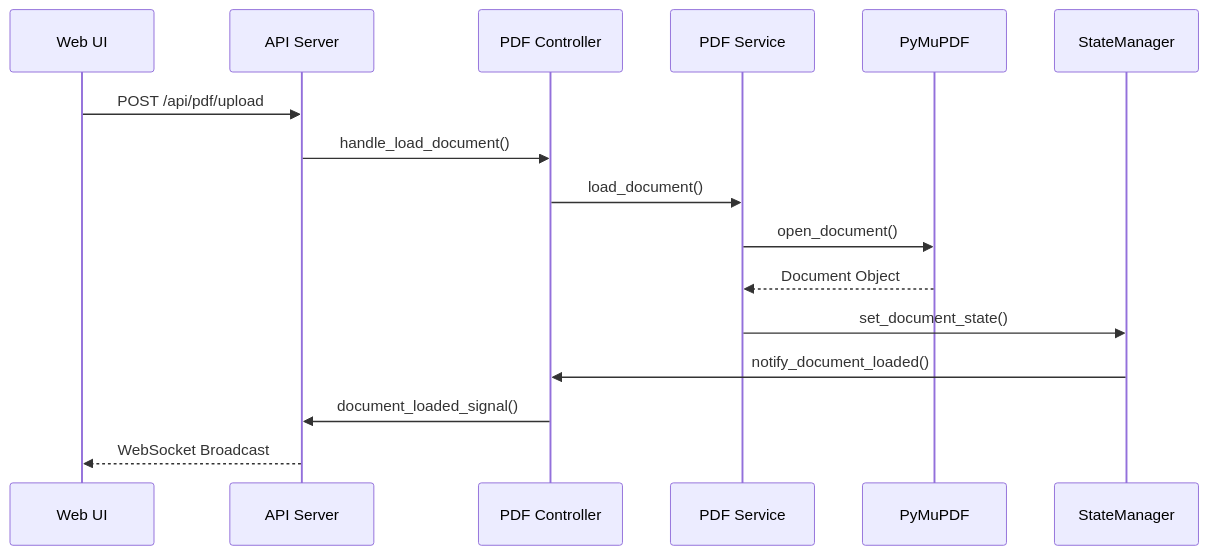
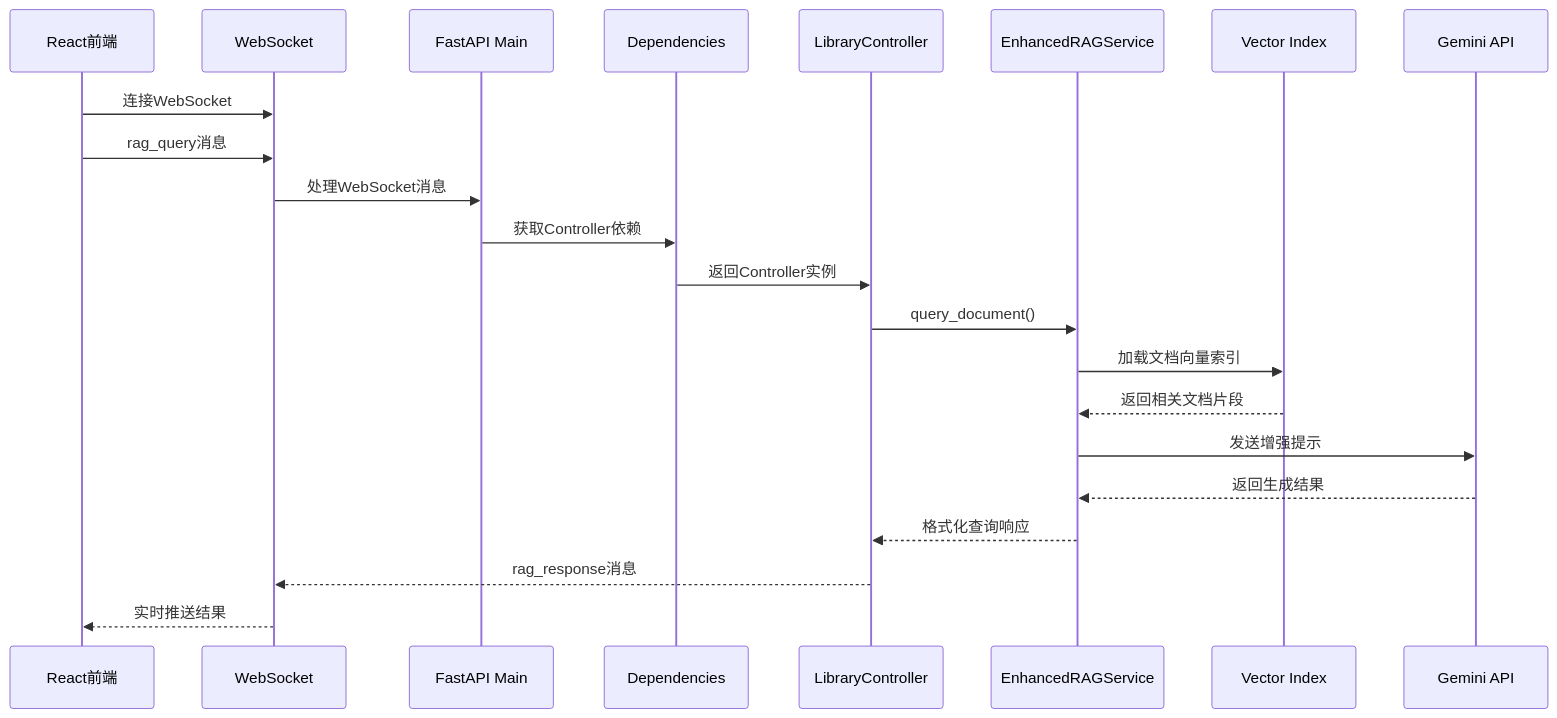
One commit to Jackela/ai_enhanced_pdf_scholar changed the third of 8 diagrams in PROJECT_DOCS.md. Above: the diagram before and after it, drawn with Mermaid. The commit also changed other lines of this file and 158 other files, not shown here.

````diff
--- a/PROJECT_DOCS.md
+++ b/PROJECT_DOCS.md
@@ -244,18 +289,25 @@
 ```mermaid
 sequenceDiagram
-    participant Web as Web UI
-    participant API as API Server
-    participant PDFCtrl as PDF Controller
-    participant PDFSvc as PDF Service
-    participant PyMuPDF as PyMuPDF
+    participant Client as React前端
+    participant WS as WebSocket
+    participant Main as FastAPI Main
+    participant Deps as Dependencies
+    participant Controller as LibraryController
+    participant RAG as EnhancedRAGService
+    participant VectorDB as Vector Index
+    participant LLM as Gemini API
     
-    Web->>API: POST /api/pdf/upload
-    API->>PDFCtrl: handle_load_document()
-    PDFCtrl->>PDFSvc: load_document()
-    PDFSvc->>PyMuPDF: open_document()
-    PyMuPDF-->>PDFSvc: Document Object
-    PDFSvc->>StateManager: set_document_state()
-    StateManager->>PDFCtrl: notify_document_loaded()
-    PDFCtrl->>API: document_loaded_signal()
-    API-->>Web: WebSocket Broadcast
+    Client->>WS: 连接WebSocket
+    Client->>WS: rag_query消息
+    WS->>Main: 处理WebSocket消息
+    Main->>Deps: 获取Controller依赖
+    Deps->>Controller: 返回Controller实例
+    Controller->>RAG: query_document()
+    RAG->>VectorDB: 加载文档向量索引
+    VectorDB-->>RAG: 返回相关文档片段
+    RAG->>LLM: 发送增强提示
+    LLM-->>RAG: 返回生成结果
+    RAG-->>Controller: 格式化查询响应
+    Controller-->>WS: rag_response消息
+    WS-->>Client: 实时推送结果
 ```
````
